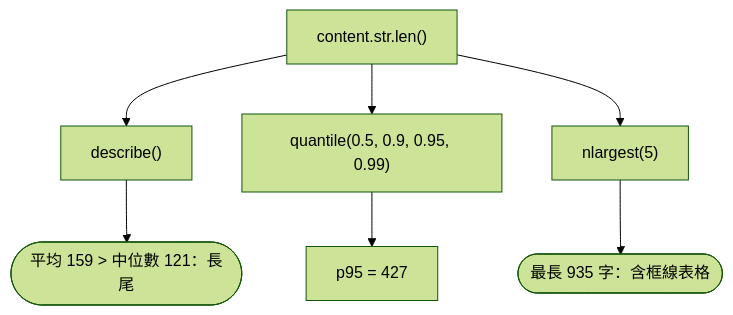
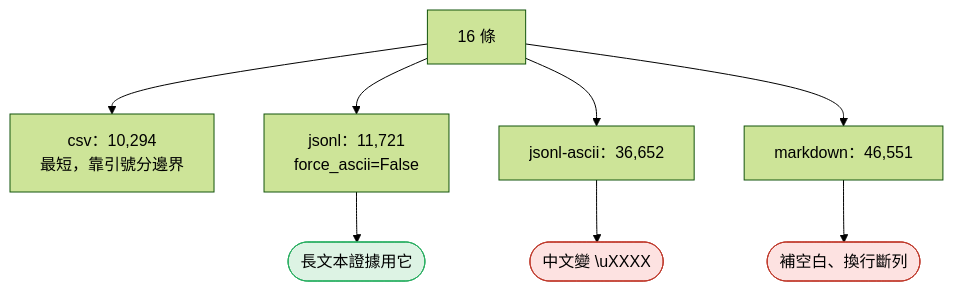
One commit to 4-learn/data-analysis-and-process-demo changed the fifth of 9 diagrams in docs/17.md. Above: the diagram before and after it, drawn with Mermaid (forest theme). The commit also changed other lines of this file and 189 other files, not shown here.

````diff
--- a/docs/17.md
+++ b/docs/17.md
@@ -121,8 +135,11 @@
 ```mermaid
 flowchart TD
-    A["content.str.len()"] --> B["describe()"] --> B1(["平均 159 > 中位數 121：長尾"])
-    A --> C["quantile(0.5, 0.9, 0.95, 0.99)"] --> C1["p95 = 427"]
-    A --> D["nlargest(5)"] --> D1(["最長 935 字：含框線表格"])
+    A["16 條"] --> B["csv：10,294<br/>最短，靠引號分邊界"]
+    A --> D["jsonl：11,721<br/>force_ascii=False"] --> D1(["長文本證據用它"])
+    A --> C["jsonl-ascii：36,652"] --> C1(["中文變 \uXXXX"])
+    A --> E["markdown：46,551"] --> E1(["補空白、換行斷列"])
     classDef bad fill:#fde2e1,stroke:#c0392b
     classDef good fill:#ddf3e4,stroke:#27ae60
+    class C1,E1 bad
+    class D1 good
 ```
````
